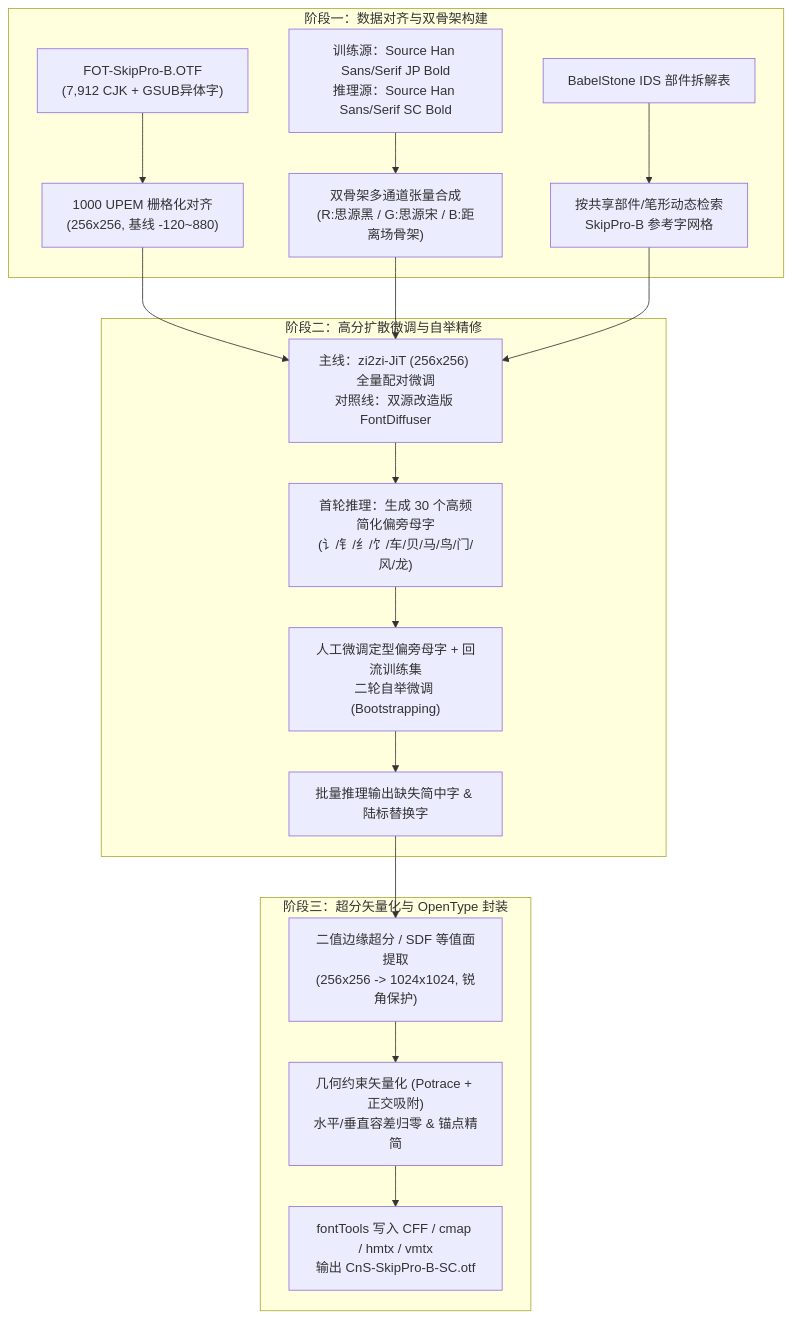
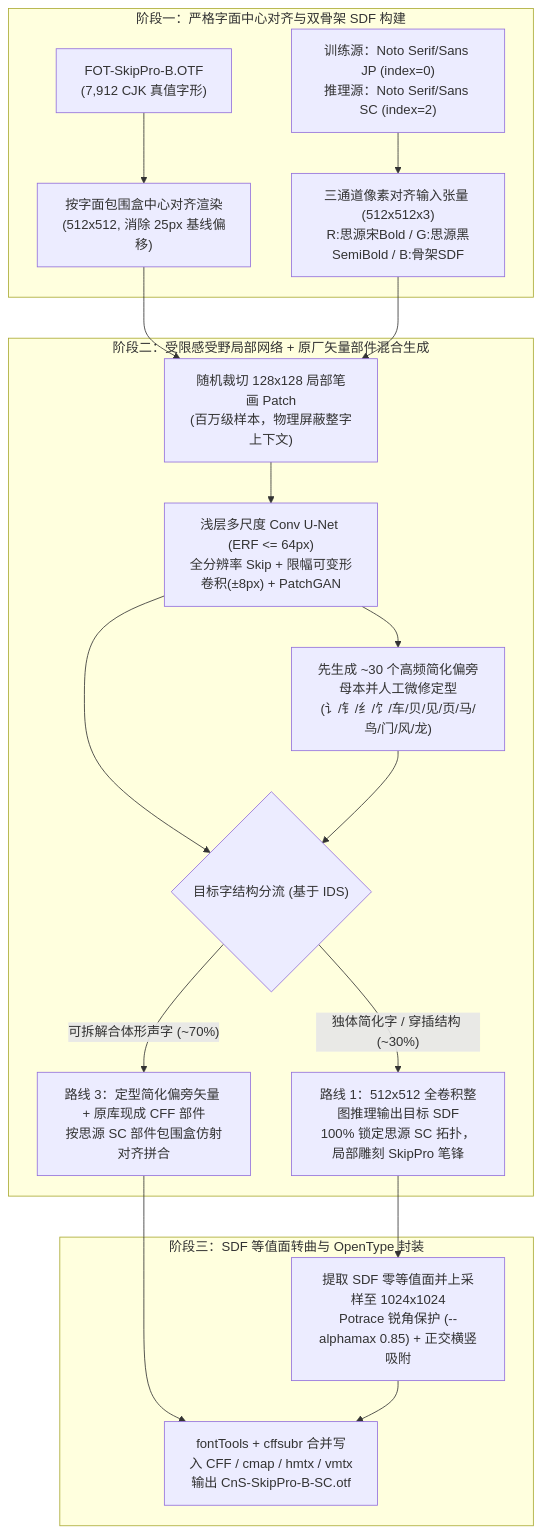
One commit to ZeonMacha/CnS-font changed the diagram in PLAN.md. Above: the diagram before and after it, drawn with Mermaid. The commit also changed other lines of this file and 1 other file, not shown here.

Commit message:
docs: revise PLAN.md with zi2zi-JiT overfitting post-mortem and local patch-SDF hybrid architecture

````diff
--- a/PLAN.md
+++ b/PLAN.md
@@ -75,21 +121,21 @@
 ```mermaid
 flowchart TD
-    subgraph S1["阶段一：数据对齐与双骨架构建"]
-        A1["FOT-SkipPro-B.OTF<br/>(7,912 CJK + GSUB异体字)"] --> B1["1000 UPEM 栅格化对齐<br/>(256x256, 基线 -120~880)"]
-        A2["训练源：Source Han Sans/Serif JP Bold<br/>推理源：Source Han Sans/Serif SC Bold"] --> B2["双骨架多通道张量合成<br/>(R:思源黑 / G:思源宋 / B:距离场骨架)"]
-        A3["BabelStone IDS 部件拆解表"] --> B3["按共享部件/笔形动态检索<br/>SkipPro-B 参考字网格"]
+    subgraph S1["阶段一：严格字面中心对齐与双骨架 SDF 构建"]
+        A1["FOT-SkipPro-B.OTF<br/>(7,912 CJK 真值字形)"] --> B1["按字面包围盒中心对齐渲染<br/>(512x512, 消除 25px 基线偏移)"]
+        A2["训练源：Noto Serif/Sans JP (index=0)<br/>推理源：Noto Serif/Sans SC (index=2)"] --> B2["三通道像素对齐输入张量 (512x512x3)<br/>R:思源宋Bold / G:思源黑SemiBold / B:骨架SDF"]
     end
 
-    subgraph S2["阶段二：高分扩散微调与自举精修"]
-        B1 & B2 & B3 --> C1["主线：zi2zi-JiT (256x256) 全量配对微调<br/>对照线：双源改造版 FontDiffuser"]
-        C1 --> C2["首轮推理：生成 30 个高频简化偏旁母字<br/>(讠/钅/纟/饣/车/贝/马/鸟/门/风/龙)"]
-        C2 --> C3["人工微调定型偏旁母字 + 回流训练集<br/>二轮自举微调 (Bootstrapping)"]
-        C3 --> C4["批量推理输出缺失简中字 & 陆标替换字"]
+    subgraph S2["阶段二：受限感受野局部网络 + 原厂矢量部件混合生成"]
+        B1 & B2 --> C1["随机裁切 128x128 局部笔画 Patch<br/>(百万级样本，物理屏蔽整字上下文)"]
+        C1 --> C2["浅层多尺度 Conv U-Net (ERF <= 64px)<br/>全分辨率 Skip + 限幅可变形卷积(±8px) + PatchGAN"]
+        C2 --> C3["先生成 ~30 个高频简化偏旁母本并人工微修定型<br/>(讠/钅/纟/饣/车/贝/见/页/马/鸟/门/风/龙)"]
+        C2 & C3 --> C4{"目标字结构分流 (基于 IDS)"}
+        C4 -->|"可拆解合体形声字 (~70%)"| C5["路线 3：定型简化偏旁矢量 + 原库现成 CFF 部件<br/>按思源 SC 部件包围盒仿射对齐拼合"]
+        C4 -->|"独体简化字 / 穿插结构 (~30%)"| C6["路线 1：512x512 全卷积整图推理输出目标 SDF<br/>100% 锁定思源 SC 拓扑，局部雕刻 SkipPro 笔锋"]
     end
 
-    subgraph S3["阶段三：超分矢量化与 OpenType 封装"]
-        C4 --> D1["二值边缘超分 / SDF 等值面提取<br/>(256x256 -> 1024x1024, 锐角保护)"]
-        D1 --> D2["几何约束矢量化 (Potrace + 正交吸附)<br/>水平/垂直容差归零 & 锚点精简"]
-        D2 --> D3["fontTools 写入 CFF / cmap / hmtx / vmtx<br/>输出 CnS-SkipPro-B-SC.otf"]
+    subgraph S3["阶段三：SDF 等值面转曲与 OpenType 封装"]
+        C6 --> D1["提取 SDF 零等值面并上采样至 1024x1024<br/>Potrace 锐角保护 (--alphamax 0.85) + 正交横竖吸附"]
+        C5 & D1 --> D2["fontTools + cffsubr 合并写入 CFF / cmap / hmtx / vmtx<br/>输出 CnS-SkipPro-B-SC.otf"]
     end
 ```
````
